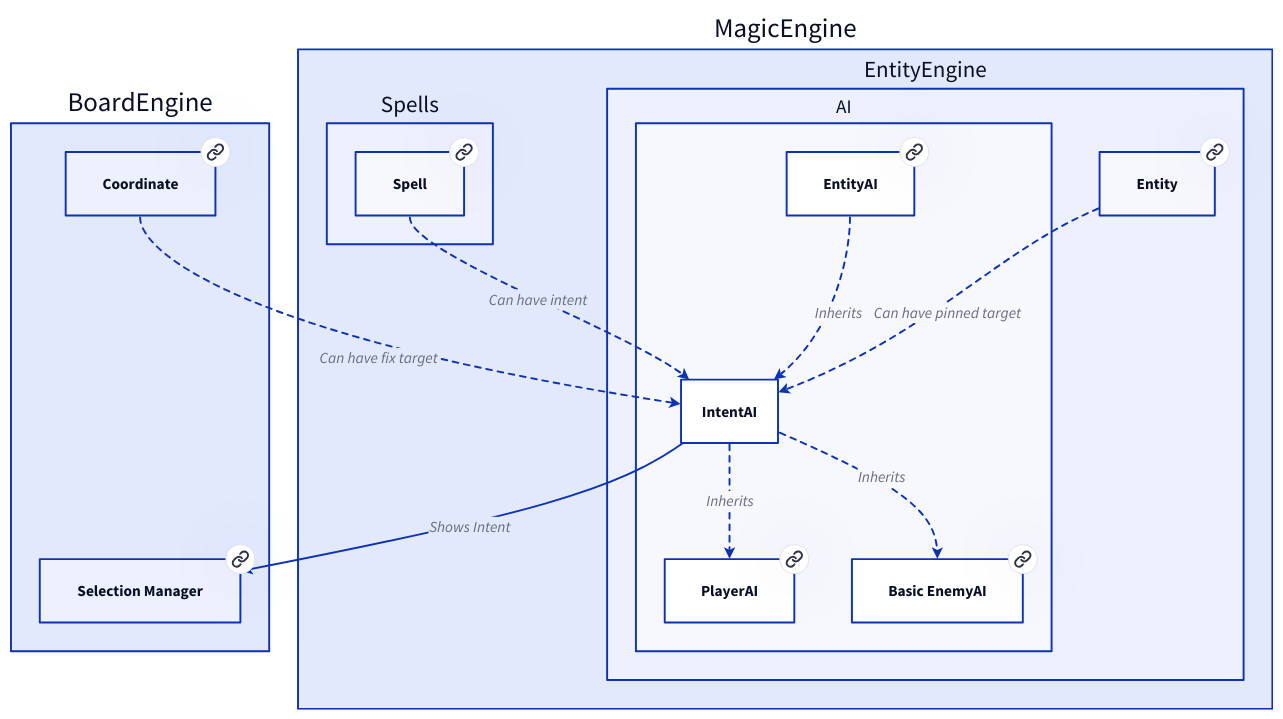
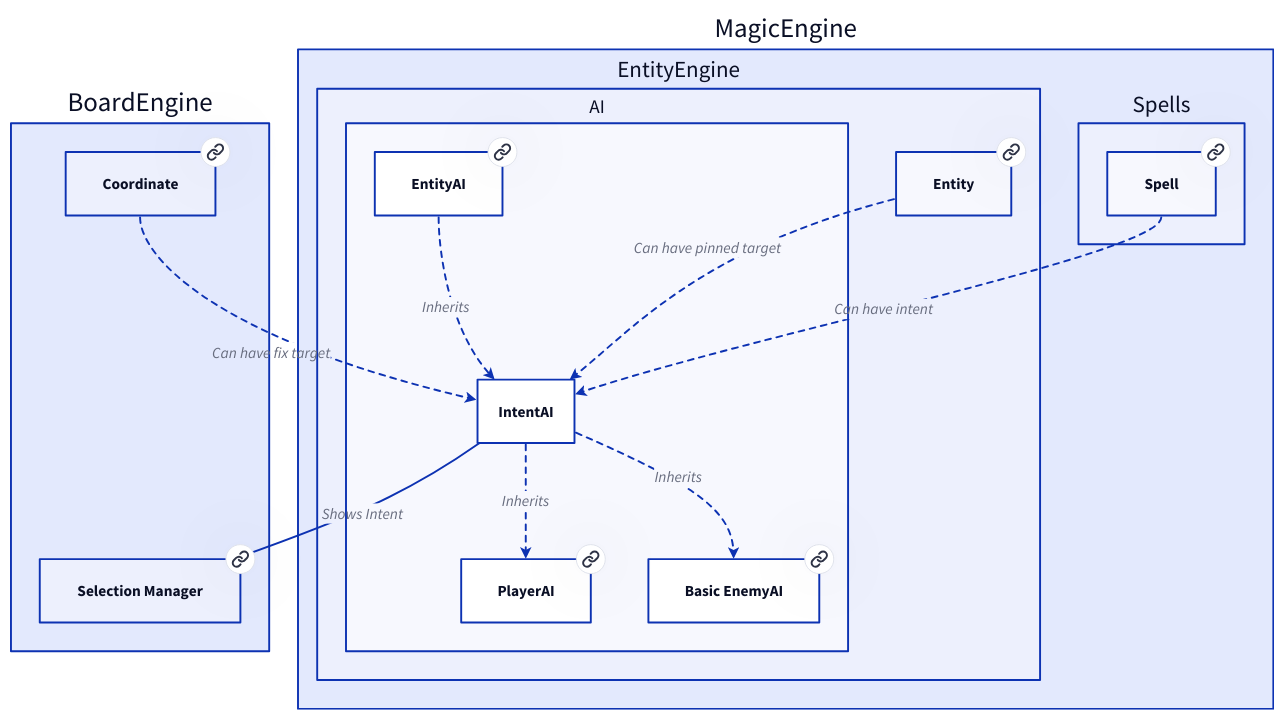
Before and after one commit to Portevent/Brume-Documentation: the diagram in doc/graphs/d2/IntentAI.d2, drawn with D2. The commit also changed other lines of this file and 79 other files, not shown here.

```diff
--- a/doc/graphs/d2/IntentAI.d2
+++ b/doc/graphs/d2/IntentAI.d2
@@ -1,62 +1,62 @@
 # Nodes :
 BoardEngine: {
+    SelectionManager: Selection Manager {
+       link: SelectionManager
+    }
     Coordinate: Coordinate {
        link: Coordinate
     }
-    SelectionManager: Selection Manager {
-       link: SelectionManager
-    }
 }
 MagicEngine: {
-    Spells: {
-        Spell: Spell {
-           link: Spell
-        }
-    }
     EntityEngine: {
         AI: {
             EntityAI: EntityAI {
                link: EntityAI
             }
+            PlayerAI: PlayerAI {
+               link: PlayerAI
+            }
             BasicEnemyAI: Basic EnemyAI {
                link: BasicEnemyAI
-            }
-            PlayerAI: PlayerAI {
-               link: PlayerAI
             }
         }
         Entity: Entity {
            link: Entity
         }
     }
+    Spells: {
+        Spell: Spell {
+           link: Spell
+        }
+    }
 }
 
 # Links :
-MagicEngine.EntityEngine.AI.IntentAI -> MagicEngine.EntityEngine.AI.BasicEnemyAI: Inherits {style.stroke-dash: 3
-source-arrowhead: {}
-target-arrowhead: {shape: arrow}
-}
-MagicEngine.EntityEngine.AI.IntentAI -> MagicEngine.EntityEngine.AI.PlayerAI: Inherits {style.stroke-dash: 3
-source-arrowhead: {}
-target-arrowhead: {shape: arrow}
-}
 MagicEngine.EntityEngine.AI.IntentAI -> BoardEngine.SelectionManager: Shows Intent {
 source-arrowhead: {}
 target-arrowhead: {shape: arrow}
 }
 MagicEngine.EntityEngine.AI.EntityAI -> MagicEngine.EntityEngine.AI.IntentAI: Inherits {style.stroke-dash: 3
 source-arrowhead: {}
 target-arrowhead: {shape: arrow}
 }
 MagicEngine.Spells.Spell -> MagicEngine.EntityEngine.AI.IntentAI: Can have intent {style.stroke-dash: 3
 source-arrowhead: {}
 target-arrowhead: {shape: arrow}
 }
 MagicEngine.EntityEngine.Entity -> MagicEngine.EntityEngine.AI.IntentAI: Can have pinned target {style.stroke-dash: 3
 source-arrowhead: {}
 target-arrowhead: {shape: arrow}
 }
 BoardEngine.Coordinate -> MagicEngine.EntityEngine.AI.IntentAI: Can have fix target {style.stroke-dash: 3
 source-arrowhead: {}
 target-arrowhead: {shape: arrow}
 }
+MagicEngine.EntityEngine.AI.IntentAI -> MagicEngine.EntityEngine.AI.PlayerAI: Inherits {style.stroke-dash: 3
+source-arrowhead: {}
+target-arrowhead: {shape: arrow}
+}
+MagicEngine.EntityEngine.AI.IntentAI -> MagicEngine.EntityEngine.AI.BasicEnemyAI: Inherits {style.stroke-dash: 3
+source-arrowhead: {}
+target-arrowhead: {shape: arrow}
+}
```
